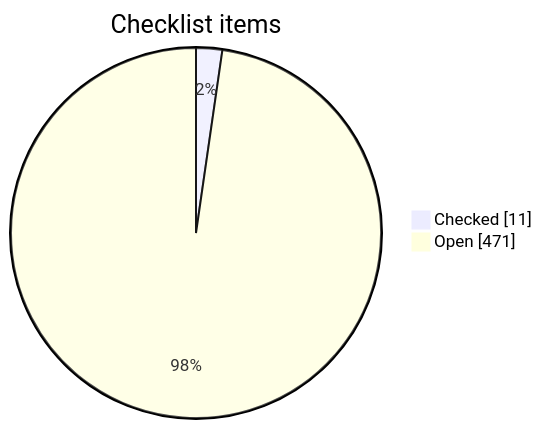
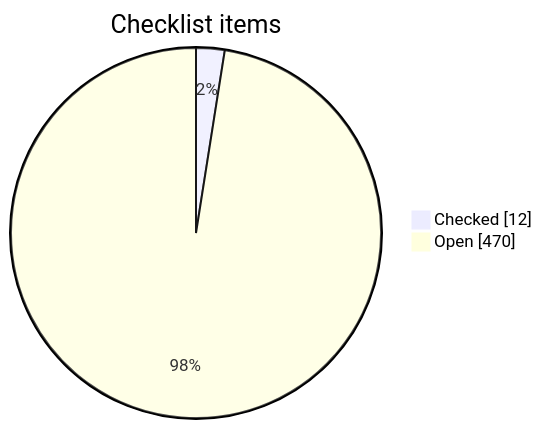
One commit to konradporeba/agents_learning changed the first of 3 diagrams in learning_plan/PROGRESS.md. Above: the diagram before and after it, drawn with Mermaid. The commit also changed other lines of this file and 5 other files, not shown here.

````diff
--- a/learning_plan/PROGRESS.md
+++ b/learning_plan/PROGRESS.md
@@ -9,6 +9,6 @@
 ```mermaid
 pie showData
     title Checklist items
-    "Checked" : 11
-    "Open" : 471
+    "Checked" : 12
+    "Open" : 470
 ```
````
